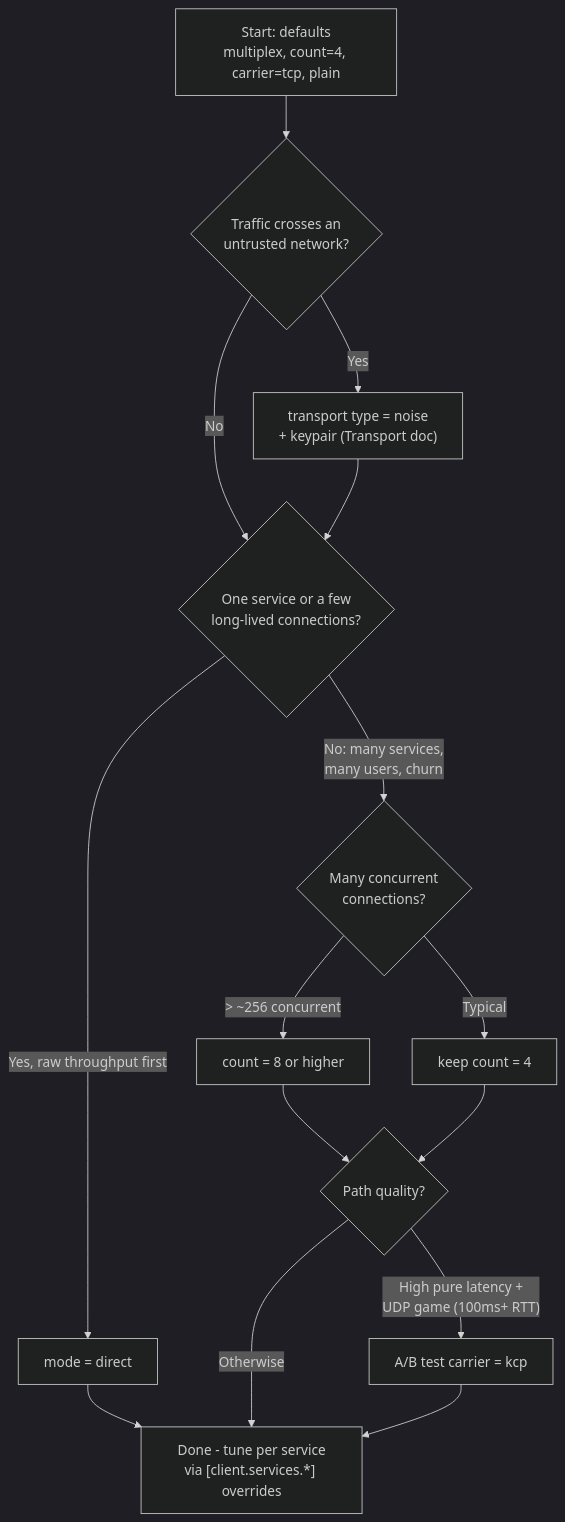
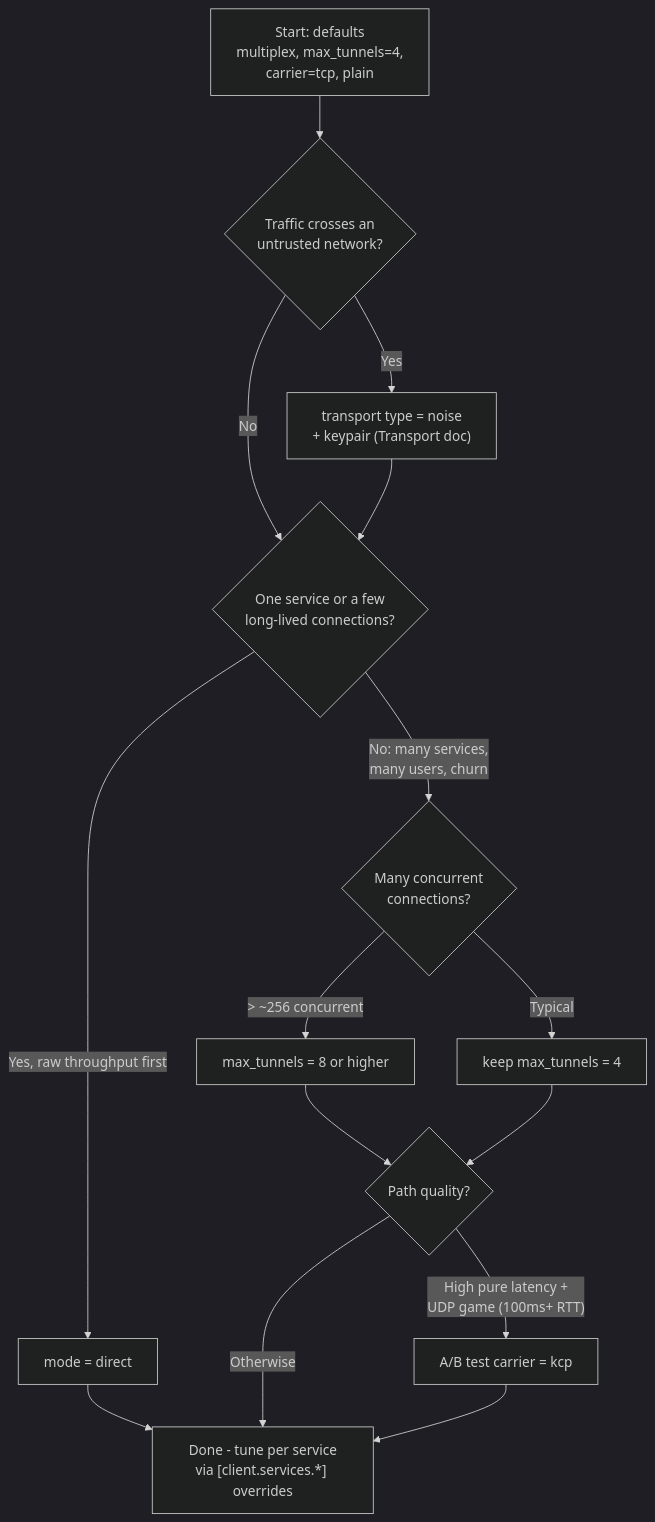
Before and after one commit to NIyueeE/molehill: the diagram in docs/configuration.md, drawn with Mermaid (dark theme). The commit also changed other lines of this file and 51 other files, not shown here.

````diff
--- a/docs/configuration.md
+++ b/docs/configuration.md
@@ -82,17 +108,17 @@
 ```mermaid
 flowchart TD
-    A["Start: defaults<br/>multiplex, count=4, carrier=tcp, plain"] --> B{"Traffic crosses an<br/>untrusted network?"}
+    A["Start: defaults<br/>multiplex, max_tunnels=4,<br/>carrier=tcp, plain"] --> B{"Traffic crosses an<br/>untrusted network?"}
     B -- Yes --> C["transport type = noise<br/>+ keypair (Transport doc)"]
     B -- No --> D{"One service or a few<br/>long-lived connections?"}
     C --> D
     D -- "Yes, raw throughput first" --> E["mode = direct"]
     D -- "No: many services,<br/>many users, churn" --> F{"Many concurrent<br/>connections?"}
     E --> Z["Done - tune per service<br/>via [client.services.*] overrides"]
-    F -- "> ~256 concurrent" --> G["count = 8 or higher"]
-    F -- Typical --> H["keep count = 4"]
+    F -- "> ~256 concurrent" --> G["max_tunnels = 8 or higher"]
+    F -- Typical --> H["keep max_tunnels = 4"]
     G --> I{"Path quality?"}
     H --> I
     I -- "High pure latency +<br/>UDP game (100ms+ RTT)" --> J["A/B test carrier = kcp"]
     I -- Otherwise --> Z
     J --> Z
 ```
````
